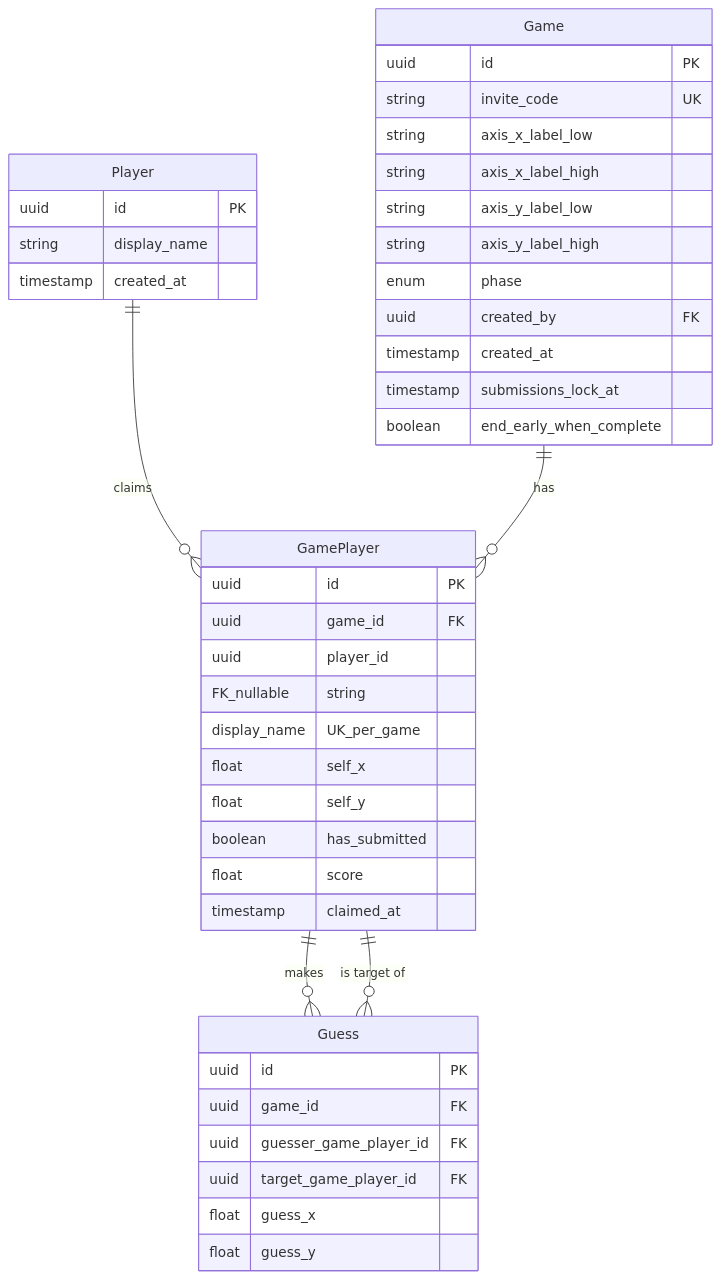
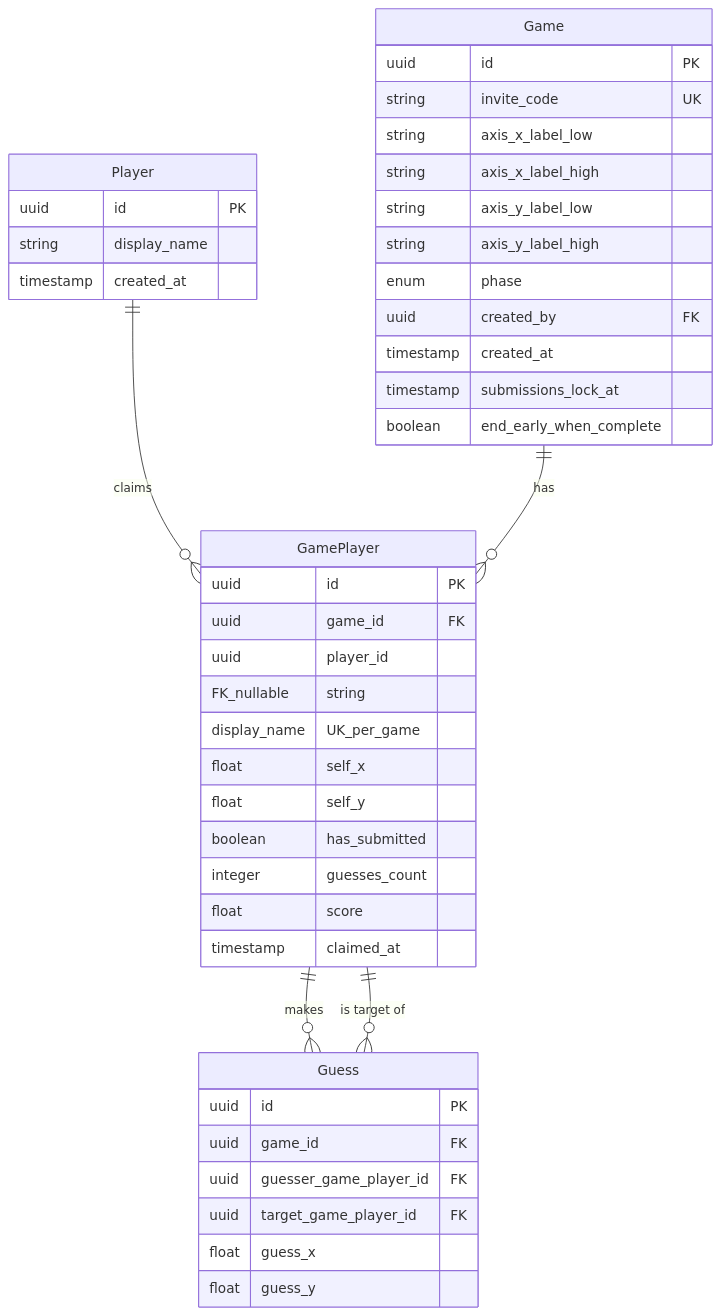
Before and after one commit to DubiousLlama/friend-place-treehacks: the second of 3 diagrams in .cursor/plans/friend_place_game_plan_fd997aac.plan.md, drawn with Mermaid. The commit also changed other lines of this file and 7 other files, not shown here.

````diff
--- a/.cursor/plans/friend_place_game_plan_fd997aac.plan.md
+++ b/.cursor/plans/friend_place_game_plan_fd997aac.plan.md
@@ -102,44 +111,45 @@
 ```mermaid
 erDiagram
     Player {
         uuid id PK
         string display_name
         timestamp created_at
     }
     Game {
         uuid id PK
         string invite_code UK
         string axis_x_label_low
         string axis_x_label_high
         string axis_y_label_low
         string axis_y_label_high
         enum phase
         uuid created_by FK
         timestamp created_at
         timestamp submissions_lock_at
         boolean end_early_when_complete
     }
     GamePlayer {
         uuid id PK
         uuid game_id FK
         uuid player_id FK_nullable
         string display_name UK_per_game
         float self_x
         float self_y
         boolean has_submitted
+        integer guesses_count
         float score
         timestamp claimed_at
     }
     Guess {
         uuid id PK
         uuid game_id FK
         uuid guesser_game_player_id FK
         uuid target_game_player_id FK
         float guess_x
         float guess_y
     }
     Player ||--o{ GamePlayer : claims
     Game ||--o{ GamePlayer : has
     GamePlayer ||--o{ Guess : makes
     GamePlayer ||--o{ Guess : "is target of"
 ```
````
